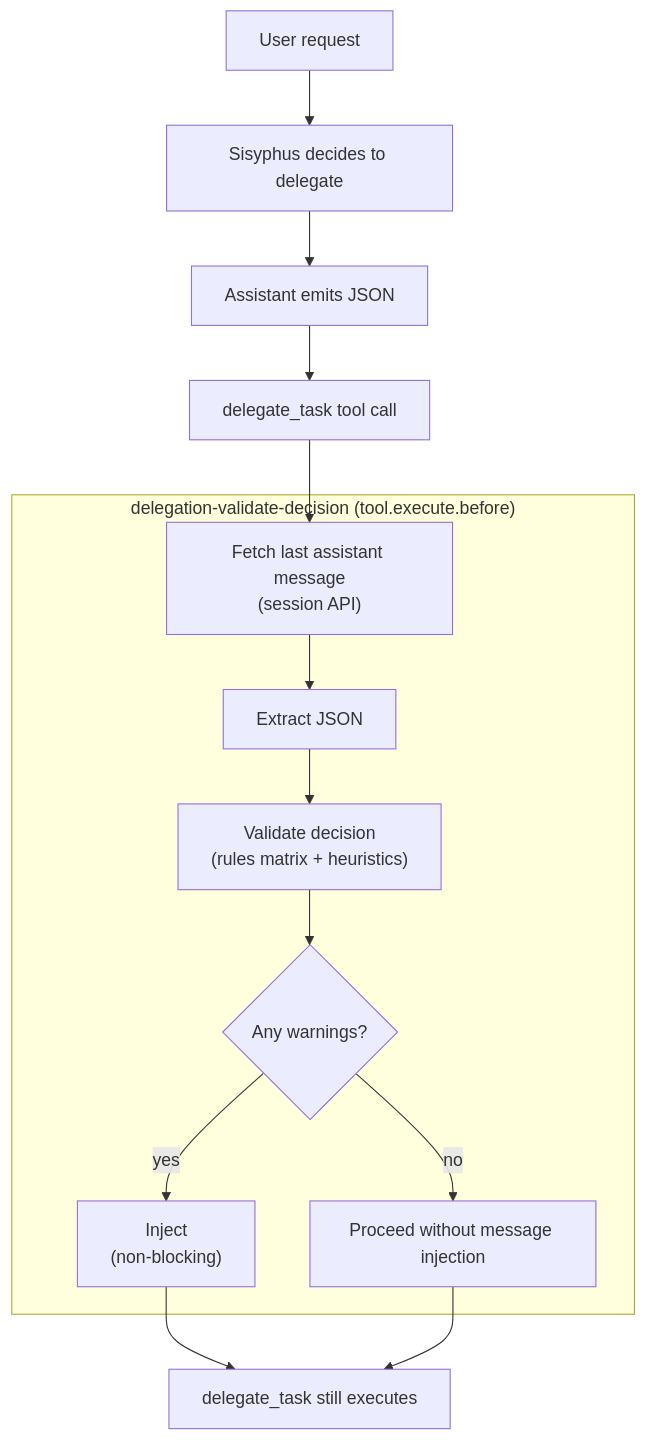
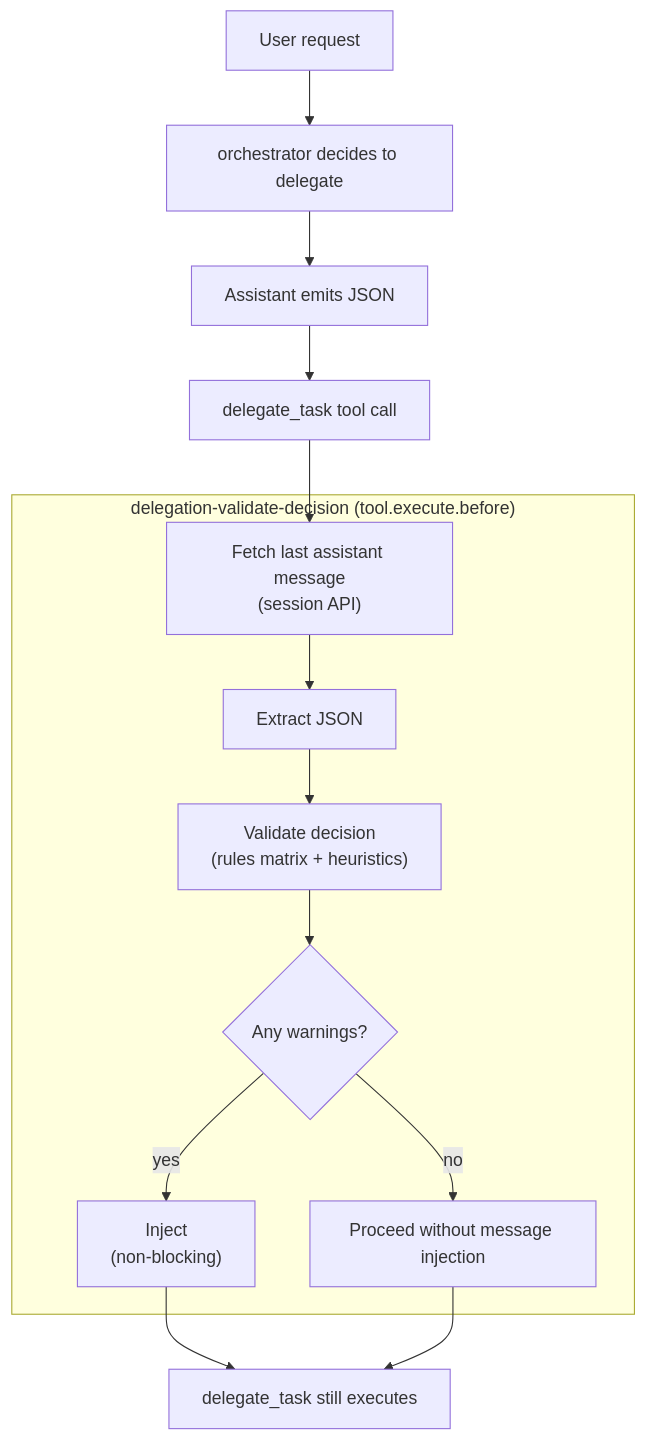
The diagram in docs/journeys/delegation-safety.md (arcthur/oh-my-opencode), drawn with Mermaid before and after one commit. The commit also changed other lines of this file and 416 other files, not shown here.

````diff
--- a/docs/journeys/delegation-safety.md
+++ b/docs/journeys/delegation-safety.md
@@ -10,22 +10,22 @@
 ```mermaid
 flowchart TD
-  U["User request"] --> S["Sisyphus decides to delegate"]
+  U["User request"] --> S["orchestrator decides to delegate"]
   S --> D["Assistant emits <delegation-decision> JSON"]
   D --> T["delegate_task tool call"]
 
   subgraph H["delegation-validate-decision (tool.execute.before)"]
     M["Fetch last assistant message\n(session API)"]
     E["Extract <delegation-decision> JSON"]
     V["Validate decision\n(rules matrix + heuristics)"]
     W{"Any warnings?"}
     R["Inject <system-reminder>\n(non-blocking)"]
     OK["Proceed without message injection"]
     M --> E --> V --> W
     W -- yes --> R
     W -- no --> OK
   end
 
   T --> M
   R --> P["delegate_task still executes"]
   OK --> P
 ```
````
